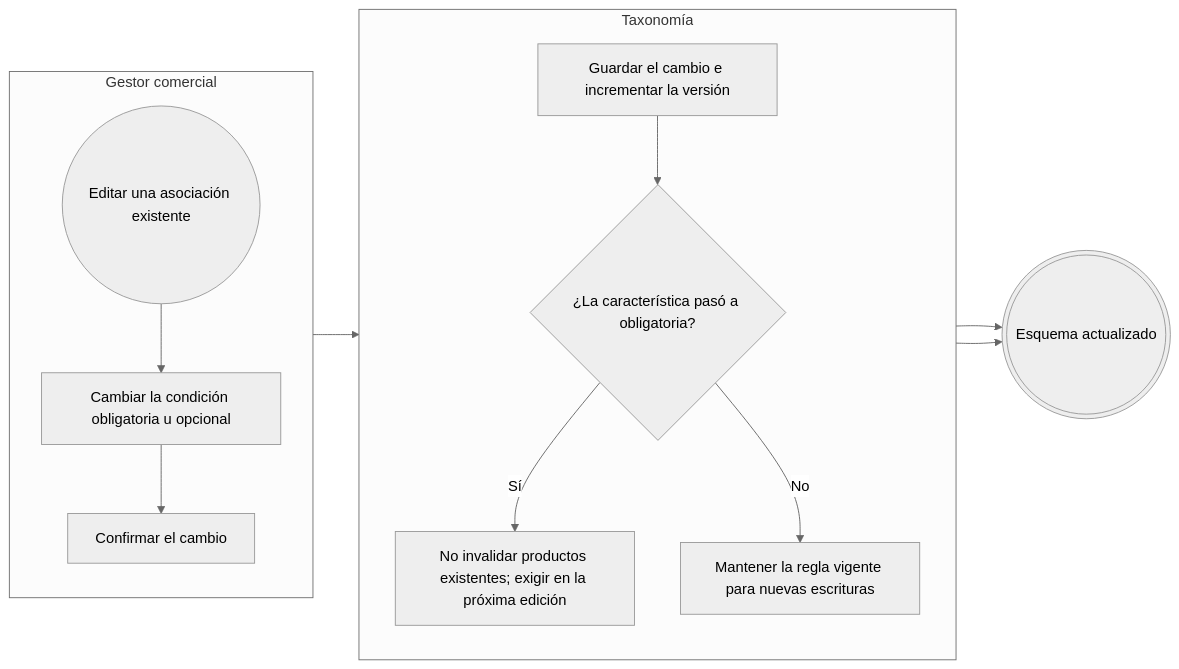
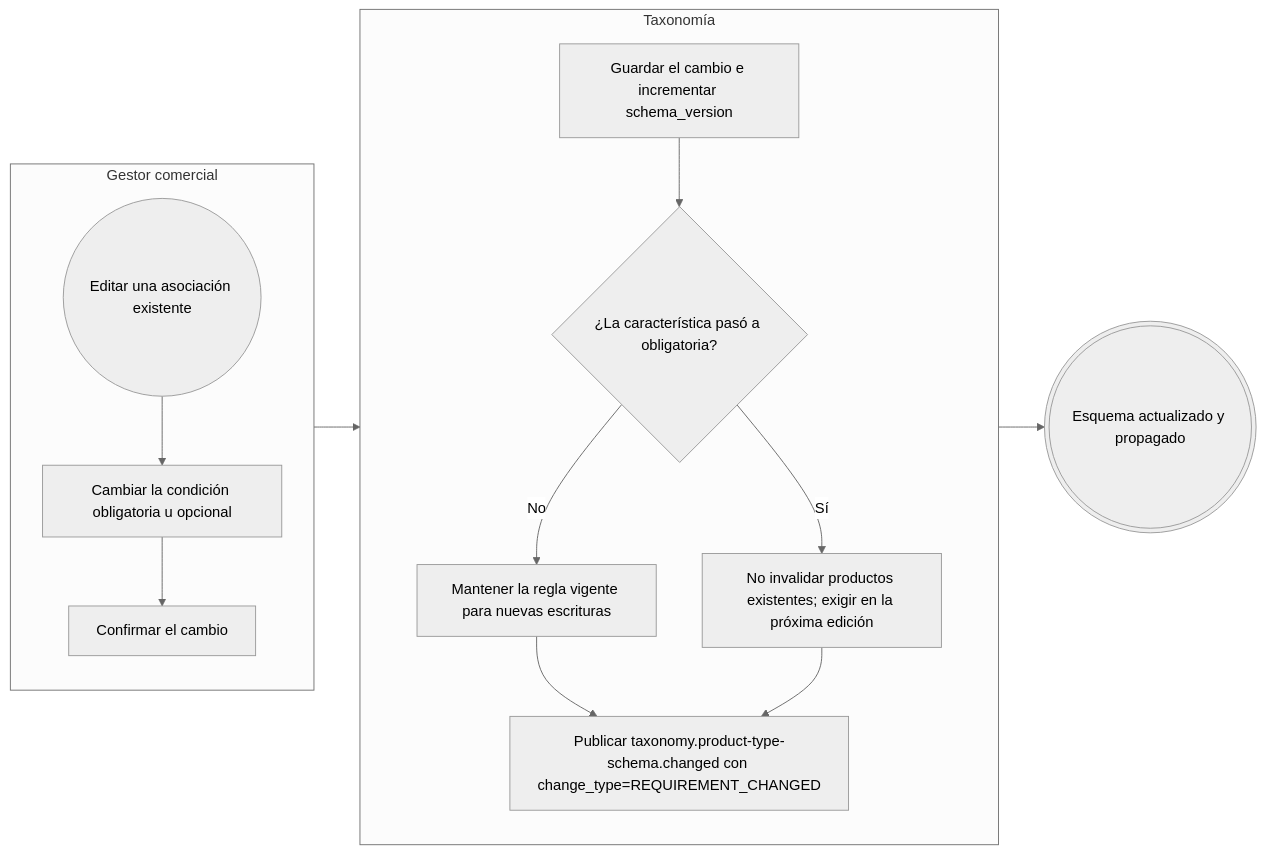
One commit to Taller-SW-Web/G6-Productos-Ofertas-docs changed the third of 7 diagrams in flujos/FLOW-010-asociacion-tipo-producto-caracteristica.md. Above: the diagram before and after it, drawn with Mermaid (neutral theme). The commit also changed other lines of this file and 18 other files, not shown here.

````diff
--- a/flujos/FLOW-010-asociacion-tipo-producto-caracteristica.md
+++ b/flujos/FLOW-010-asociacion-tipo-producto-caracteristica.md
@@ -103,29 +103,31 @@
 ```mermaid
 flowchart LR
 
     subgraph GESTOR["Gestor comercial"]
         direction TB
         INICIO((Editar una asociación existente))
         G1["Cambiar la condición obligatoria u opcional"]
         G2["Confirmar el cambio"]
     end
 
     subgraph TAXONOMIA["Taxonomía"]
         direction TB
-        T1["Guardar el cambio e incrementar la versión"]
+        T1["Guardar el cambio e incrementar schema_version"]
         D1{"¿La característica pasó a obligatoria?"}
         T2["No invalidar productos existentes; exigir en la próxima edición"]
         T3["Mantener la regla vigente para nuevas escrituras"]
+        T4["Publicar taxonomy.product-type-schema.changed con change_type=REQUIREMENT_CHANGED"]
     end
 
-    FIN_ACTUALIZADO(((Esquema actualizado)))
+    FIN_ACTUALIZADO(((Esquema actualizado y propagado)))
 
     INICIO --> G1
     G1 --> G2
     G2 --> T1
     T1 --> D1
     D1 -->|"Sí"| T2
-    T2 --> FIN_ACTUALIZADO
     D1 -->|"No"| T3
-    T3 --> FIN_ACTUALIZADO
+    T3 --> T4
+    T2 --> T4
+    T4 --> FIN_ACTUALIZADO
 ```
````
